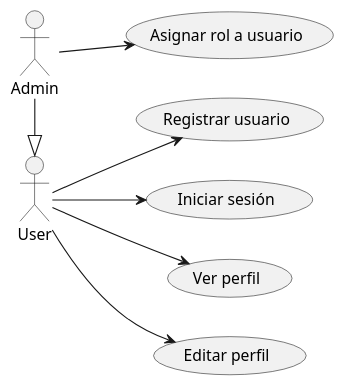
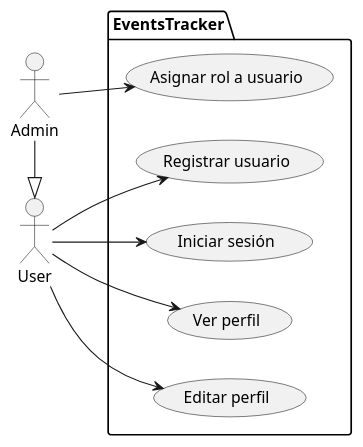
The diagram in modeling/user_management_use_cases.plantuml (EZE404/EventsTracker), drawn with PlantUML before and after one commit. The commit also changed 7 other files, not shown here.

Commit message:
use cases diagrams updated

```diff
--- a/modeling/user_management_use_cases.plantuml
+++ b/modeling/user_management_use_cases.plantuml
@@ -1,17 +1,22 @@
 @startuml user management
 left to right direction
+
 actor User
 actor Admin
 Admin -|> User
-usecase "Registrar usuario" as UC_Register
-usecase "Iniciar sesión" as UC_Login
-usecase "Ver perfil" as UC_ViewProfile
-usecase "Editar perfil" as UC_EditProfile
-usecase "Asignar rol a usuario" as UC_AssignRole
+
+package "EventsTracker" {
+    usecase "Registrar usuario" as UC_Register
+    usecase "Iniciar sesión" as UC_Login
+    usecase "Ver perfil" as UC_ViewProfile
+    usecase "Editar perfil" as UC_EditProfile
+    usecase "Asignar rol a usuario" as UC_AssignRole
+}
 
 User --> UC_Register
 User --> UC_Login
 User --> UC_ViewProfile
 User --> UC_EditProfile
 Admin --> UC_AssignRole
+
 @enduml
```
